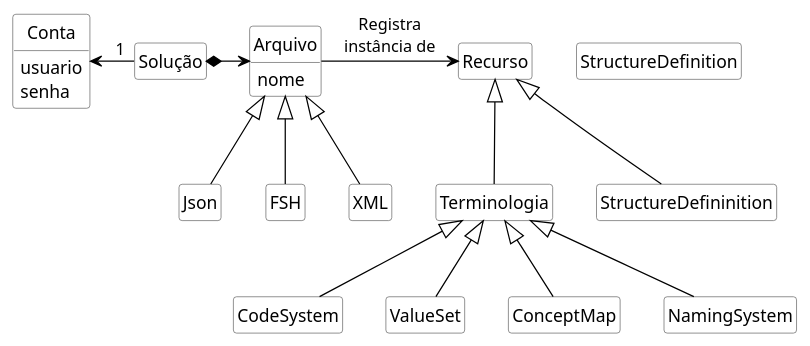
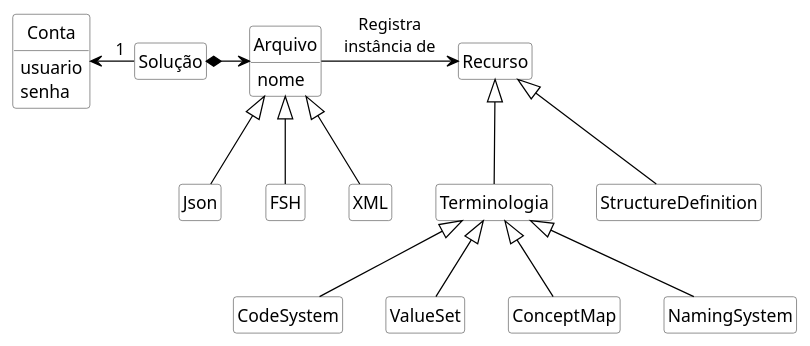
One commit to rnds-tools/gui changed the diagram in diagramas/dominio.puml. Above: the diagram before and after it, drawn with PlantUML.

```diff
--- a/diagramas/dominio.puml
+++ b/diagramas/dominio.puml
@@ -1,70 +1,70 @@
 @startuml dominio
 
 hide circle
 hide methods
 hide empty members
 
 skinparam class {
     BackgroundColor White
     ArrowColor Black
     BorderColor #505050
 }
 
 class Conta {
     usuario
     senha
 }
 
 class Solução {
 }
 
 class Arquivo {
     nome
 }
 
 class Json {
 }
 
 class FSH {
 }
 
 class XML {
 }
 
 class Recurso {
 }
 
 class Terminologia {
 }
 
 class CodeSystem {
 }
 
 class ValueSet {
 }
 
 class ConceptMap {
 }
 
 class NamingSystem {
 }
 
 class StructureDefinition {
 }
 
 Terminologia -up-|> Recurso
-StructureDefininition -up-|> Recurso
+StructureDefinition -up-|> Recurso
 CodeSystem -up-|> Terminologia
 ValueSet -up-|> Terminologia
 ConceptMap -up-|> Terminologia
 NamingSystem -up-|> Terminologia
 
 Arquivo -right-> Recurso : "Registra\ninstância de"
 Solução *-right-> Arquivo
 Solução "1" -left-> Conta
 
 XML -up-|> Arquivo
 Json -up-|> Arquivo
 FSH -up-|> Arquivo
 
 @enduml
```
